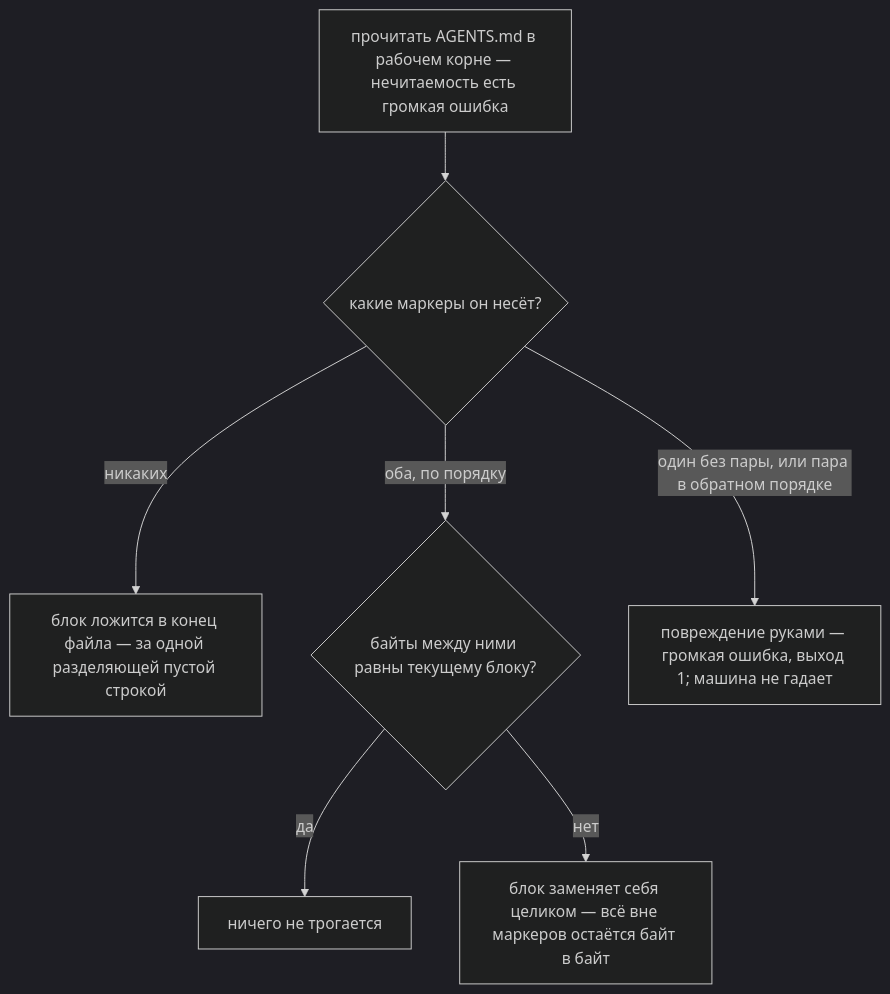
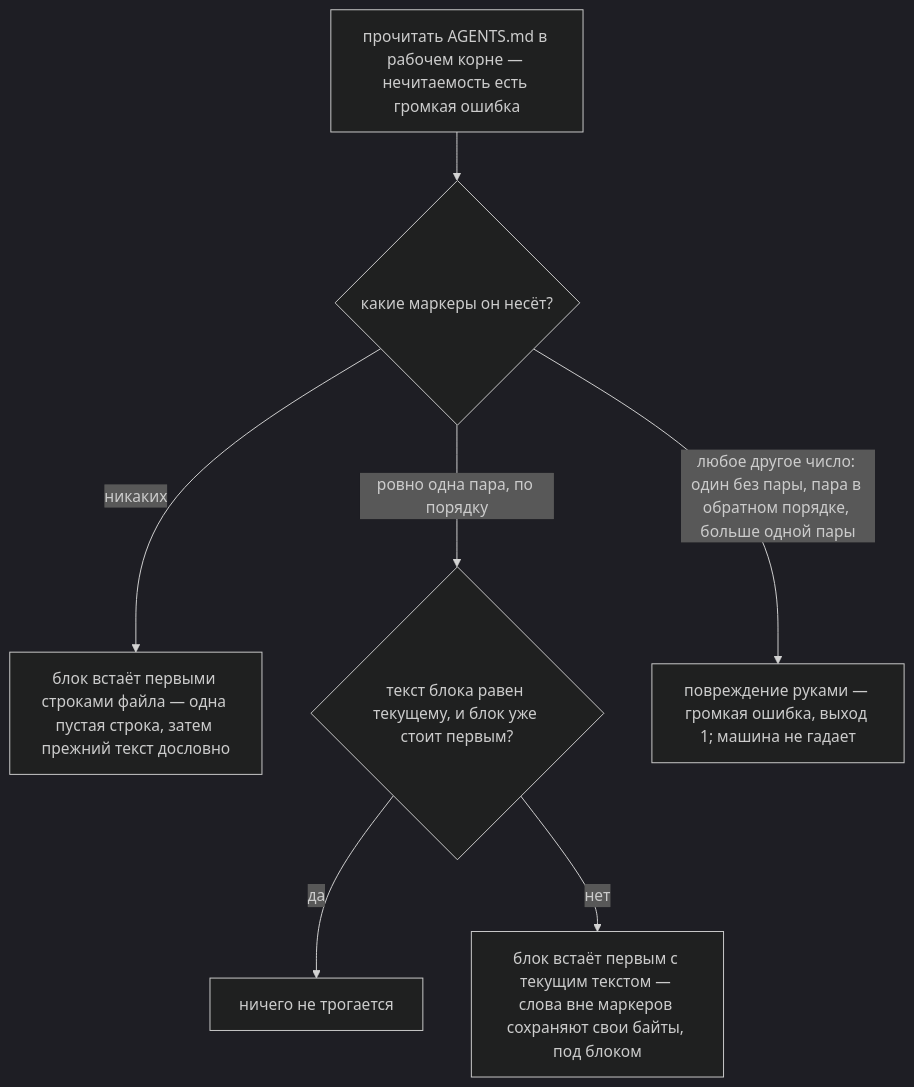
The eighth of 9 diagrams in docs/ARCHITECTURE.ru.md (neurophant/punchtape), drawn with Mermaid (dark theme) before and after one commit. The commit also changed other lines of this file and 160 other files, not shown here.

````diff
--- a/docs/ARCHITECTURE.ru.md
+++ b/docs/ARCHITECTURE.ru.md
@@ -733,9 +801,9 @@
 ```mermaid
 flowchart TD
     R["прочитать AGENTS.md в рабочем корне — нечитаемость есть громкая ошибка"] --> M{"какие маркеры он несёт?"}
-    M -- "никаких" --> APP["блок ложится в конец файла — за одной разделяющей пустой строкой"]
-    M -- "оба, по порядку" --> EQ{"байты между ними равны текущему блоку?"}
+    M -- "никаких" --> APP["блок встаёт первыми строками файла — одна пустая строка, затем прежний текст дословно"]
+    M -- "ровно одна пара, по порядку" --> EQ{"текст блока равен текущему, и блок уже стоит первым?"}
     EQ -- "да" --> NOP["ничего не трогается"]
-    EQ -- "нет" --> REP["блок заменяет себя целиком — всё вне маркеров остаётся байт в байт"]
-    M -- "один без пары, или пара в обратном порядке" --> ERR["повреждение руками — громкая ошибка, выход 1; машина не гадает"]
+    EQ -- "нет" --> REP["блок встаёт первым с текущим текстом — слова вне маркеров сохраняют свои байты, под блоком"]
+    M -- "любое другое число: один без пары, пара в обратном порядке, больше одной пары" --> ERR["повреждение руками — громкая ошибка, выход 1; машина не гадает"]
 ```
````
